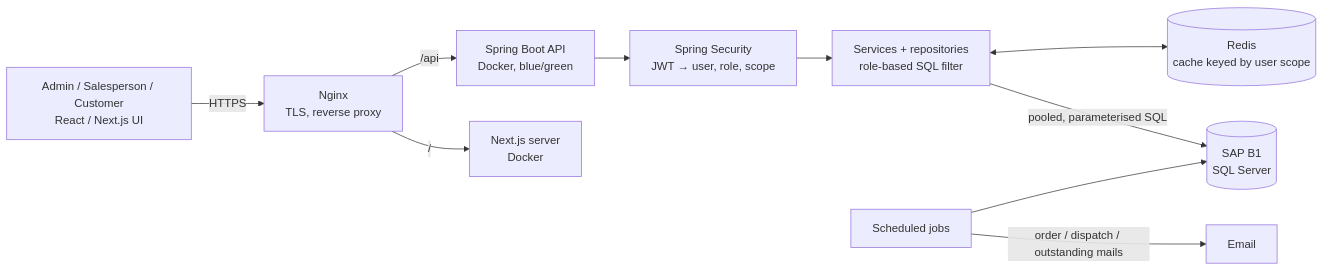
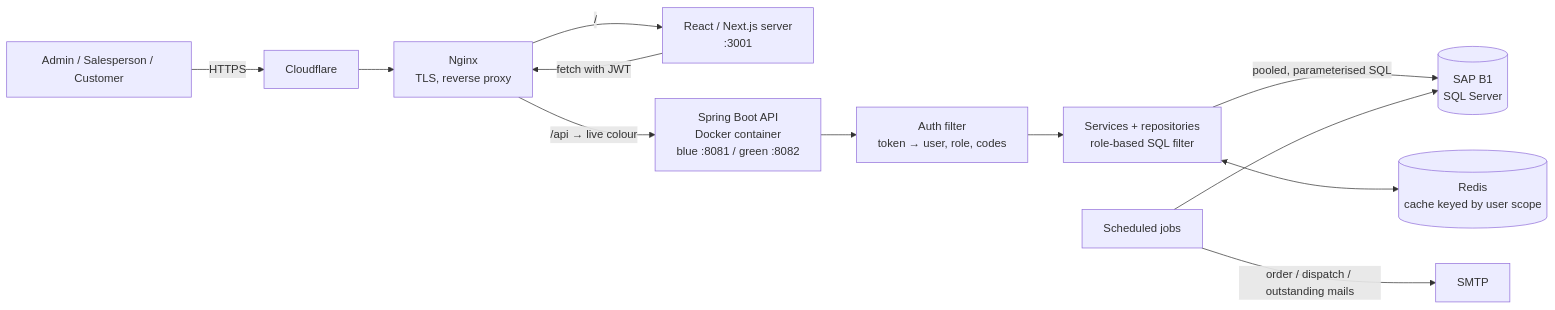
Before and after one commit to prakash-434/sales-dashboard-platform: the first of 4 diagrams in README.md, drawn with Mermaid. The commit also changed other lines of this file, not shown here.

Commit message:
Expand README: deeper deployment, messaging and auth sections

````diff
--- a/README.md
+++ b/README.md
@@ -19,12 +19,14 @@
 ```mermaid
 flowchart LR
-    U[Admin / Salesperson / Customer<br/>React / Next.js UI] -->|HTTPS| NG[Nginx<br/>TLS, reverse proxy]
-    NG -->|/| FE[Next.js server<br/>Docker]
-    NG -->|/api| API[Spring Boot API<br/>Docker, blue/green]
-    API --> SEC[Spring Security<br/>JWT → user, role, scope]
+    U[Admin / Salesperson / Customer] -->|HTTPS| CF[Cloudflare]
+    CF --> NG[Nginx<br/>TLS, reverse proxy]
+    NG -->|/| FE[React / Next.js server<br/>:3001]
+    NG -->|/api → live colour| API[Spring Boot API<br/>Docker container<br/>blue :8081 / green :8082]
+    FE -->|fetch with JWT| NG
+    API --> SEC[Auth filter<br/>token → user, role, codes]
     SEC --> SVC[Services + repositories<br/>role-based SQL filter]
     SVC -->|pooled, parameterised SQL| SAP[(SAP B1<br/>SQL Server)]
     SVC <--> R[(Redis<br/>cache keyed by user scope)]
-    JOB[Scheduled jobs] -->|order / dispatch / outstanding mails| MAIL[Email]
+    JOB[Scheduled jobs] -->|order / dispatch / outstanding mails| MAIL[SMTP]
     JOB --> SAP
 ```
````
